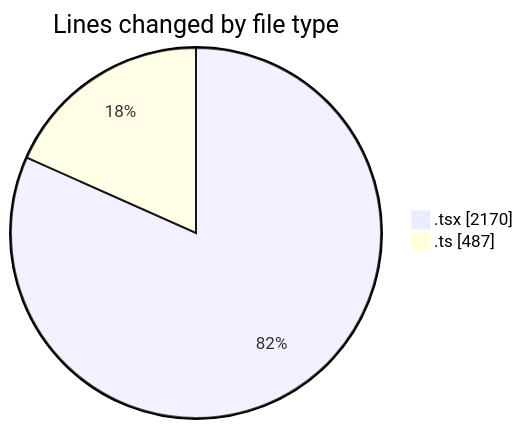
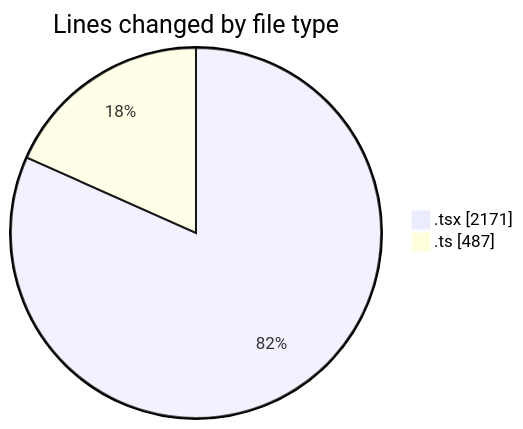
The first of 2 diagrams in 2026-03-31/nxtqube_webapp/README.md (nxtqubesakshisongat/code-tracking), drawn with Mermaid before and after one commit. The commit also changed other lines of this file and 1 other file, not shown here.

````diff
--- a/2026-03-31/nxtqube_webapp/README.md
+++ b/2026-03-31/nxtqube_webapp/README.md
@@ -23,6 +23,6 @@
 ```mermaid
 pie showData
 title Lines changed by file type
-".tsx" : 2170
+".tsx" : 2171
 ".ts" : 487
 ```
````
